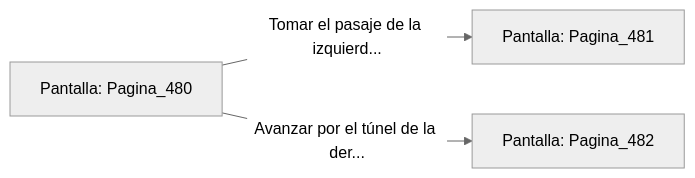
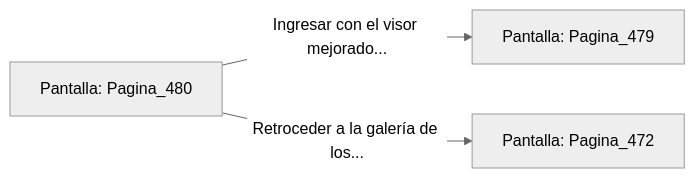
The diagram in sample/eligejuego-vault/Pantalla_Pagina_480.md (metsuke/mpl), drawn with Mermaid (neutral theme) before and after one commit. The commit also changed other lines of this file and 635 other files, not shown here.

First line of the commit message:
fix: añadir Pagina_1 como pantalla inicial en capitulo_01.mpl

````diff
--- a/sample/eligejuego-vault/Pantalla_Pagina_480.md
+++ b/sample/eligejuego-vault/Pantalla_Pagina_480.md
@@ -20,6 +22,6 @@
 ```mermaid
 graph LR
     P_Pagina_480["Pantalla: Pagina_480"]
-    P_Pagina_480 -->|"Tomar el pasaje de la izquierd..."| P_Pagina_481["Pantalla: Pagina_481"]
-    P_Pagina_480 -->|"Avanzar por el túnel de la der..."| P_Pagina_482["Pantalla: Pagina_482"]
+    P_Pagina_480 -->|"Ingresar con el visor mejorado..."| P_Pagina_479["Pantalla: Pagina_479"]
+    P_Pagina_480 -->|"Retroceder a la galería de los..."| P_Pagina_472["Pantalla: Pagina_472"]
 ```
````
